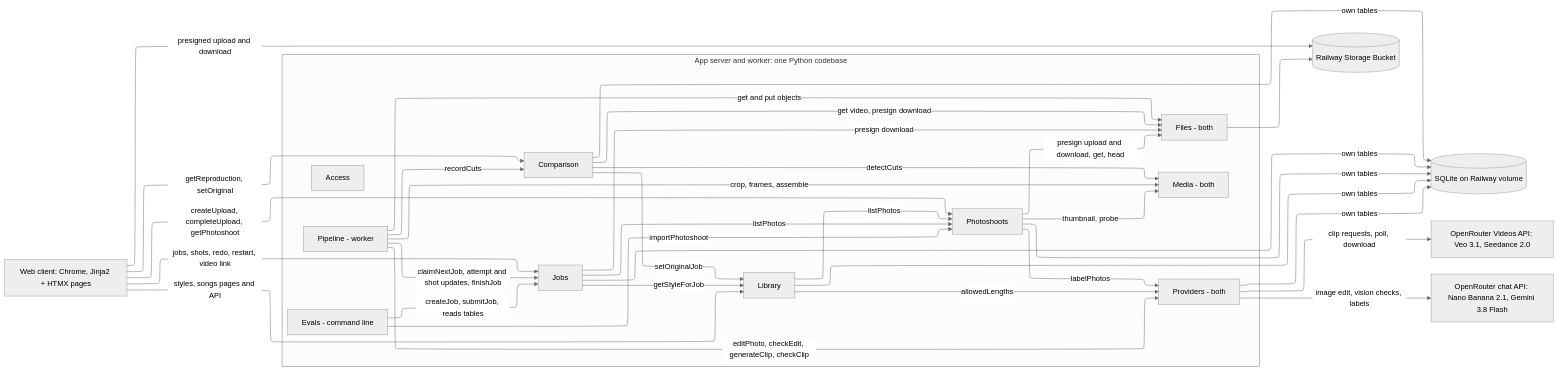
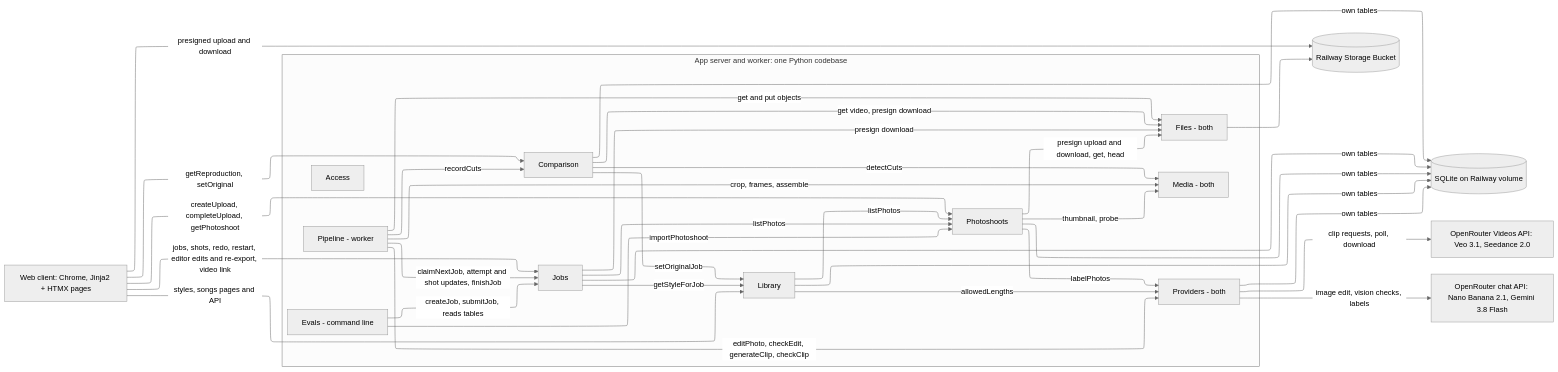
The first of 7 diagrams in docs/ARCHITECTURE.md (ThinkBuildMake/autohdr-photo-to-video), drawn with Mermaid (neutral theme) before and after one commit. The commit also changed other lines of this file and 4 other files, not shown here.

````diff
--- a/docs/ARCHITECTURE.md
+++ b/docs/ARCHITECTURE.md
@@ -9,51 +9,51 @@
 ```mermaid
 ---
 config:
   layout: elk
 ---
 flowchart LR
   client[Web client: Chrome, Jinja2 + HTMX pages]
   subgraph app[App server and worker: one Python codebase]
     access[Access]
     library[Library]
     shoots[Photoshoots]
     jobs[Jobs]
     compare[Comparison]
     pipeline[Pipeline - worker]
     providers[Providers - both]
     media[Media - both]
     files[Files - both]
     evals[Evals - command line]
   end
   db[(SQLite on Railway volume)]
   bucket[(Railway Storage Bucket)]
   orv[OpenRouter Videos API: Veo 3.1, Seedance 2.0]
   orc[OpenRouter chat API: Nano Banana 2.1, Gemini 3.8 Flash]
   client -->|styles, songs pages and API| library
   client -->|createUpload, completeUpload, getPhotoshoot| shoots
-  client -->|jobs, shots, redo, restart, video link| jobs
+  client -->|jobs, shots, redo, restart, editor edits and re-export, video link| jobs
   client -->|getReproduction, setOriginal| compare
   client -->|presigned upload and download| bucket
   shoots -->|labelPhotos| providers
   shoots -->|thumbnail, probe| media
   shoots -->|presign upload and download, get, head| files
   library -->|listPhotos| shoots
   library -->|allowedLengths| providers
   jobs -->|getStyleForJob| library
   jobs -->|listPhotos| shoots
   jobs -->|presign download| files
   compare -->|setOriginalJob| library
   compare -->|get video, presign download| files
   pipeline -->|claimNextJob, attempt and shot updates, finishJob| jobs
   pipeline -->|editPhoto, checkEdit, generateClip, checkClip| providers
   pipeline -->|crop, frames, assemble| media
   pipeline -->|recordCuts| compare
   compare -->|detectCuts| media
   pipeline -->|get and put objects| files
   providers -->|clip requests, poll, download| orv
   providers -->|image edit, vision checks, labels| orc
   files --> bucket
   library & shoots & jobs & compare & providers -->|own tables| db
   evals -->|createJob, submitJob, reads tables| jobs
   evals -->|importPhotoshoot| shoots
 ```
````
